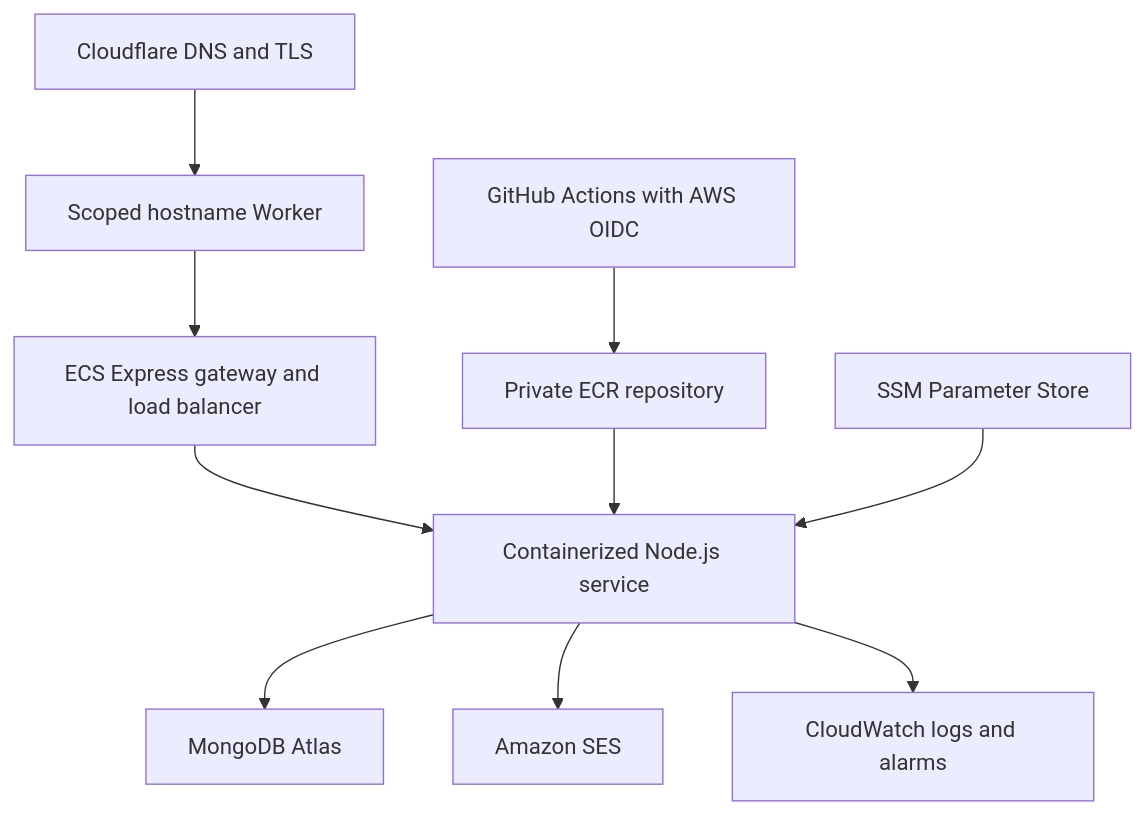
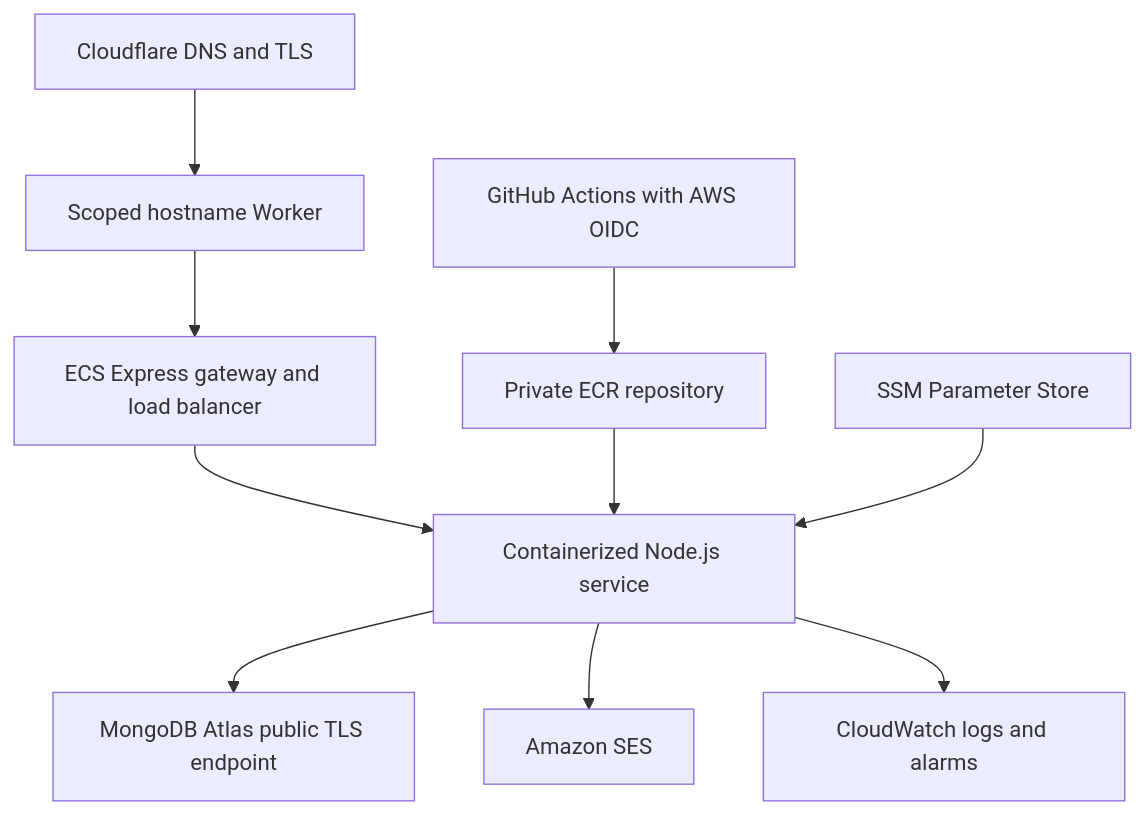
Before and after one commit to TshephangMogotsi/FormForge: the second of 2 diagrams in docs/ARCHITECTURE.md, drawn with Mermaid. The commit also changed other lines of this file and 21 other files, not shown here.

````diff
--- a/docs/ARCHITECTURE.md
+++ b/docs/ARCHITECTURE.md
@@ -116,12 +118,12 @@
 ```mermaid
 flowchart TB
     DNS["Cloudflare DNS and TLS"] --> Edge["Scoped hostname Worker"]
     Edge --> LB["ECS Express gateway and load balancer"]
     LB --> Service["Containerized Node.js service"]
-    Service --> Atlas["MongoDB Atlas"]
+    Service --> Atlas["MongoDB Atlas public TLS endpoint"]
     Service --> Email["Amazon SES"]
     Service --> Logs["CloudWatch logs and alarms"]
     CI["GitHub Actions with AWS OIDC"] --> Registry["Private ECR repository"]
     Registry --> Service
     Secrets["SSM Parameter Store"] --> Service
 ```
````
